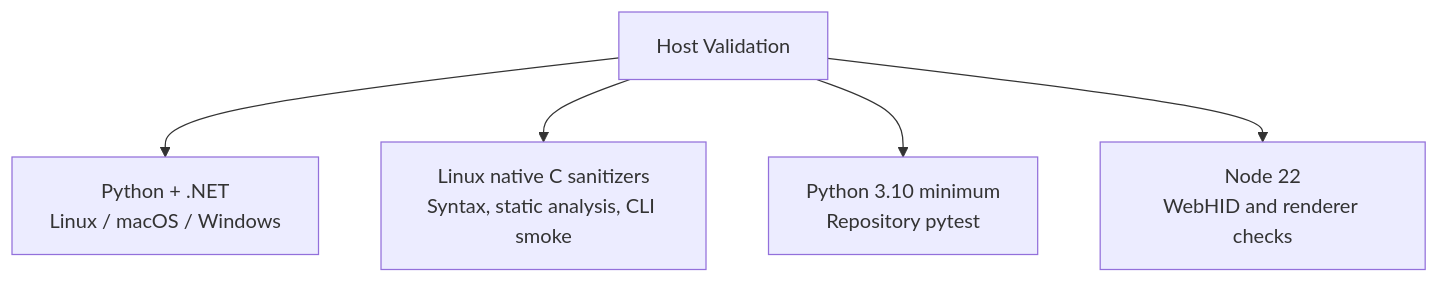
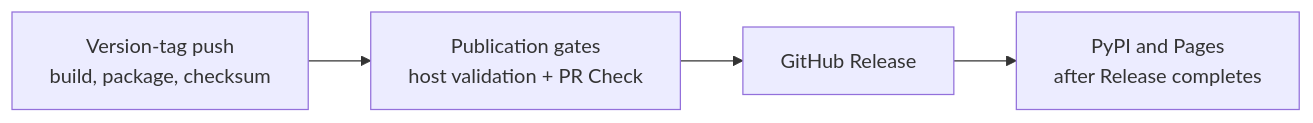
The diagram in docs/development/github-actions.md (djwinter29-oss/PicoUart), drawn with Mermaid before and after one commit. The commit also changed other lines of this file and 92 other files, not shown here.

````diff
--- a/docs/development/github-actions.md
+++ b/docs/development/github-actions.md
@@ -25,7 +32,6 @@
 ```mermaid
-flowchart TD
-  Host["Host Validation"] --> Apps["Python + .NET<br/>Linux / macOS / Windows"]
-  Host --> Native["Linux native C sanitizers<br/>Syntax, static analysis, CLI smoke"]
-  Host --> Minimum["Python 3.10 minimum<br/>Repository pytest"]
-  Host --> Browser["Node 22<br/>WebHID and renderer checks"]
+flowchart LR
+  Tag["Version-tag push<br/>build, package, checksum"] --> Gate["Publication gates<br/>host validation + PR Check"]
+  Gate --> Release["GitHub Release"]
+  Release --> Publish["PyPI and Pages<br/>after Release completes"]
 ```
````
